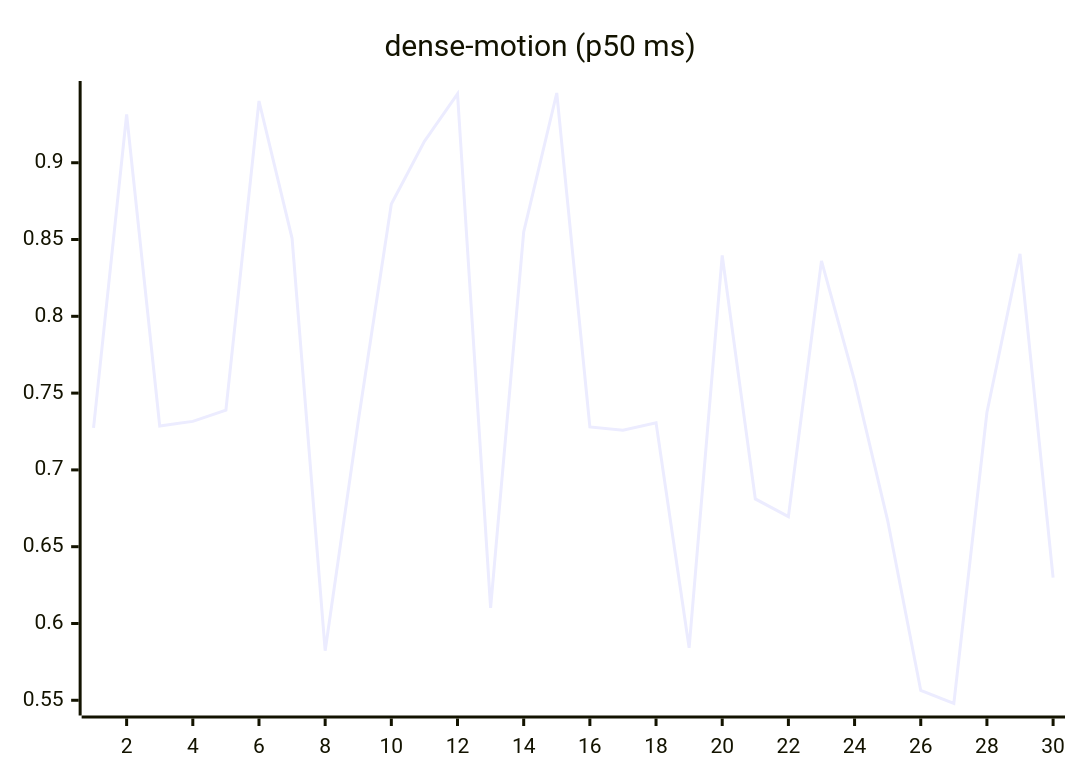
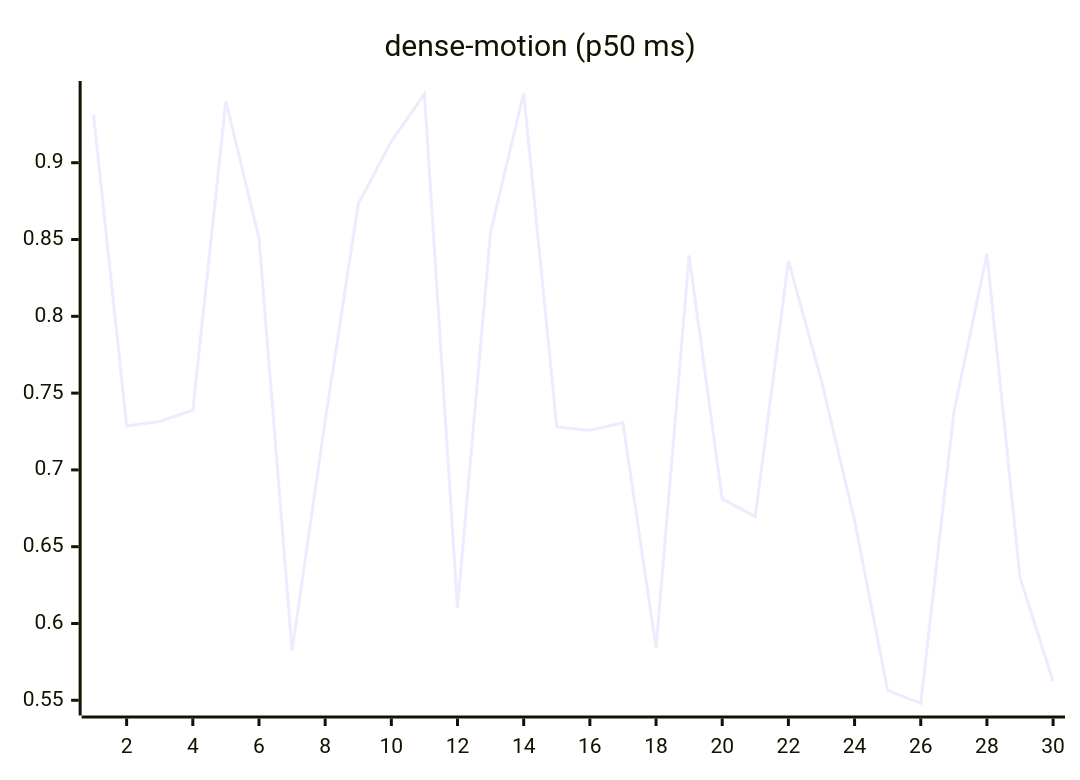
The ninth of 27 diagrams in README.md (josha/Facet), drawn with Mermaid before and after one commit. The commit also changed other lines of this file and 2 other files, not shown here.

````diff
--- a/README.md
+++ b/README.md
@@ -119,6 +119,6 @@
 ```mermaid
 xychart-beta
     title "dense-motion (p50 ms)"
     x-axis 1 --> 30
-    line [0.7274, 0.9314, 0.7286, 0.7316, 0.7389, 0.9402, 0.8508, 0.5823, 0.7317, 0.8731, 0.9139, 0.9448, 0.6101, 0.8549, 0.9454, 0.7280, 0.7259, 0.7307, 0.5841, 0.8396, 0.6811, 0.6696, 0.8361, 0.7579, 0.6670, 0.5564, 0.5479, 0.7374, 0.8407, 0.6299]
+    line [0.9314, 0.7286, 0.7316, 0.7389, 0.9402, 0.8508, 0.5823, 0.7317, 0.8731, 0.9139, 0.9448, 0.6101, 0.8549, 0.9454, 0.7280, 0.7259, 0.7307, 0.5841, 0.8396, 0.6811, 0.6696, 0.8361, 0.7579, 0.6670, 0.5564, 0.5479, 0.7374, 0.8407, 0.6299, 0.5623]
 ```
````
